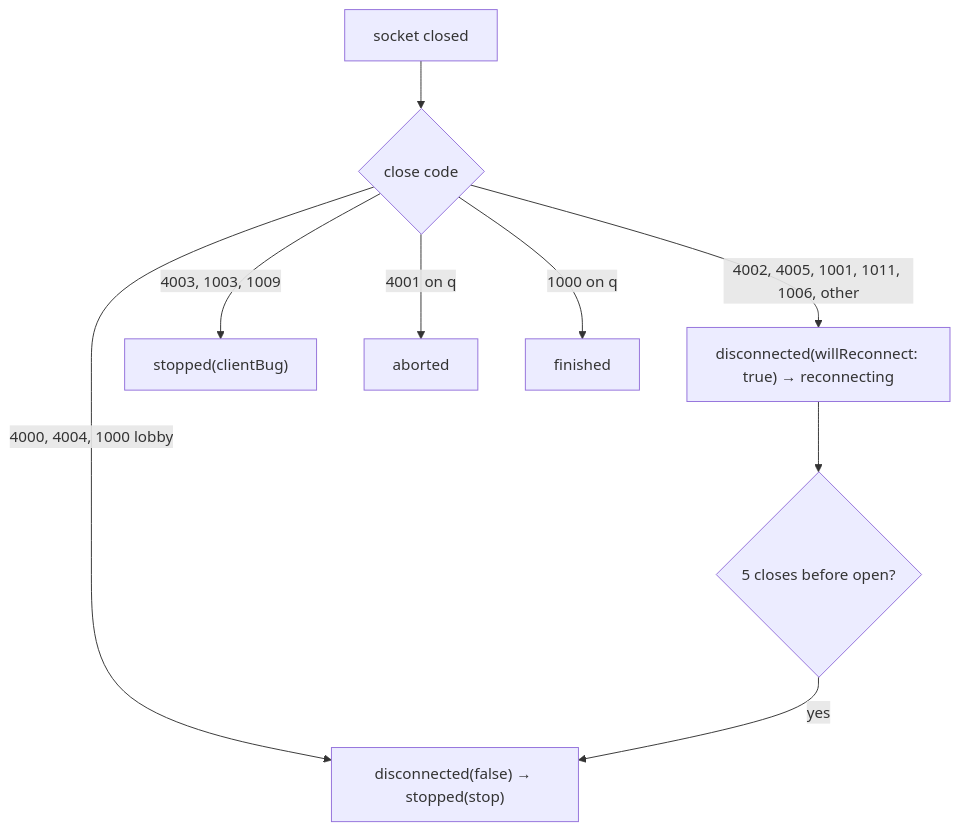
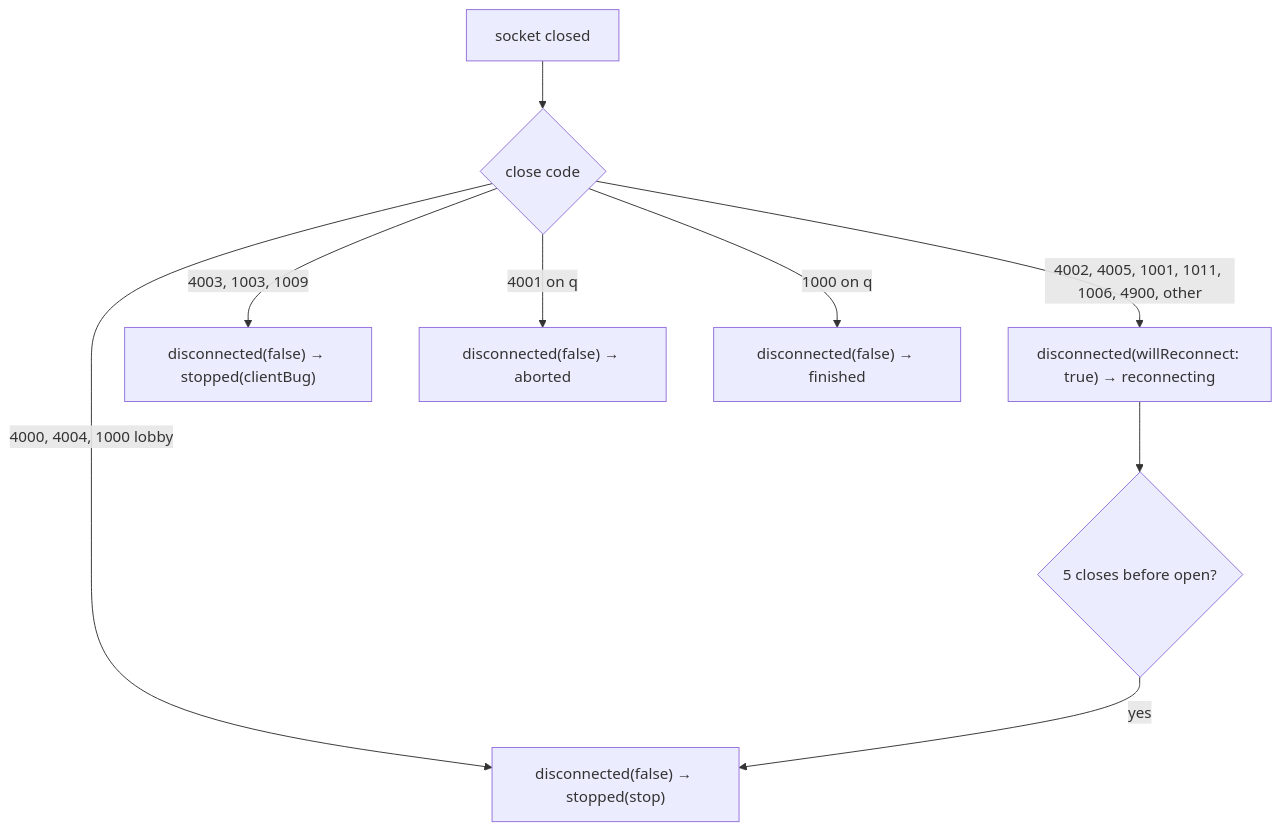
One commit to yingyeothon/flutterlib changed the diagram in docs/errors.md. Above: the diagram before and after it, drawn with Mermaid. The commit also changed other lines of this file and 19 other files, not shown here.

````diff
--- a/docs/errors.md
+++ b/docs/errors.md
@@ -58,10 +58,10 @@
 ```mermaid
 flowchart TD
   close["socket closed"] --> kind{"close code"}
-  kind -- "4002, 4005, 1001, 1011, 1006, other" --> recon["disconnected(willReconnect: true) → reconnecting"]
+  kind -- "4002, 4005, 1001, 1011, 1006, 4900, other" --> recon["disconnected(willReconnect: true) → reconnecting"]
   kind -- "4000, 4004, 1000 lobby" --> stop["disconnected(false) → stopped(stop)"]
-  kind -- "4003, 1003, 1009" --> bug["stopped(clientBug)"]
-  kind -- "4001 on q" --> aborted["aborted"]
-  kind -- "1000 on q" --> finished["finished"]
+  kind -- "4003, 1003, 1009" --> bug["disconnected(false) → stopped(clientBug)"]
+  kind -- "4001 on q" --> aborted["disconnected(false) → aborted"]
+  kind -- "1000 on q" --> finished["disconnected(false) → finished"]
   recon --> five{"5 closes before open?"} -- yes --> stop
 ```
````
